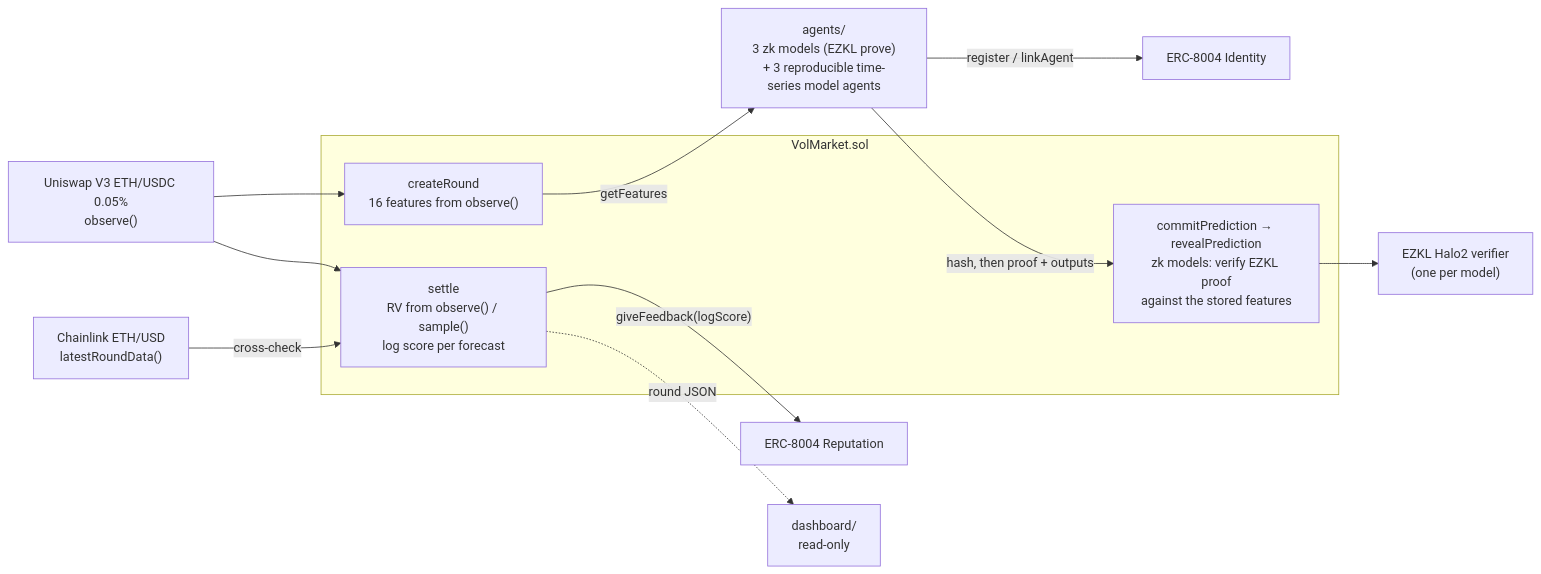
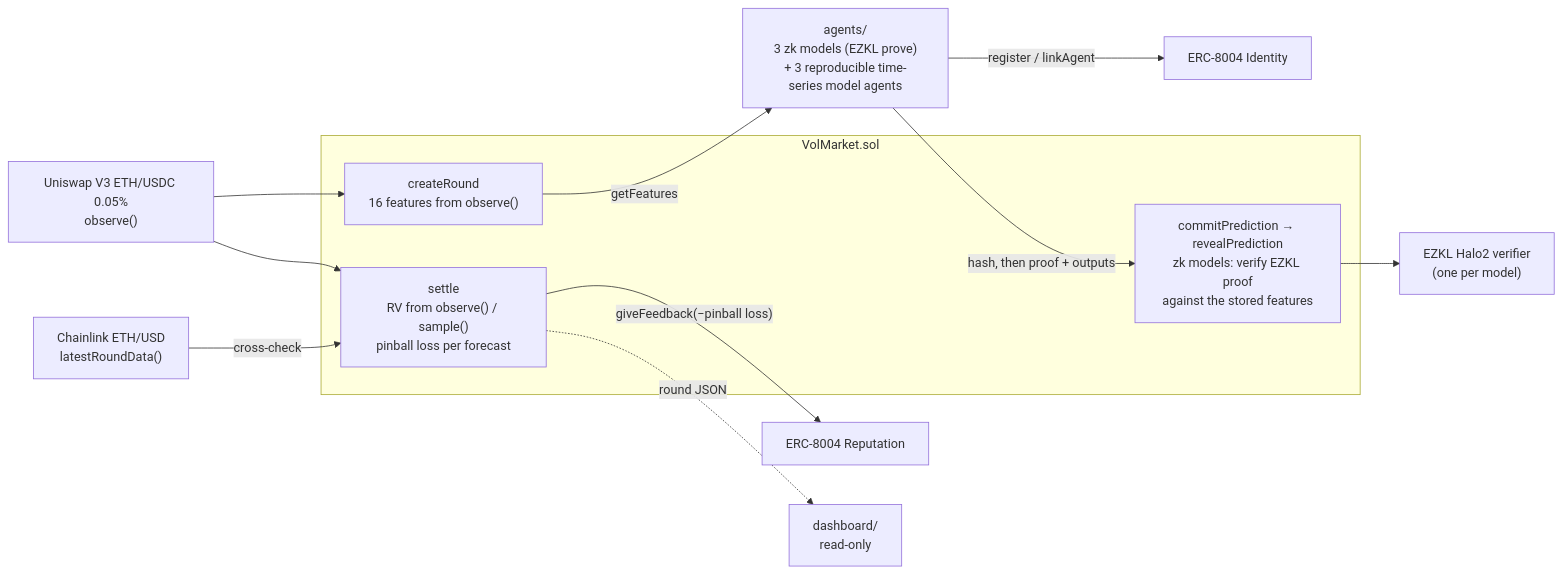
Before and after one commit to counterfactual5/verifiable-forecasts: the diagram in README.md, drawn with Mermaid. The commit also changed other lines of this file and 5 other files, not shown here.

Commit message:
docs: 改名可验证预测协议 / Verifiable Forecast Protocol，README、PITCH、DEMO 改为分位数预测与 pinball 评分（对比训练期气候基线），回放数字留【待冻结数字】；next_pitch / next_repro_dashboard 按 vol-replay/v2 字段核对

````diff
--- a/README.md
+++ b/README.md
@@ -32,25 +34,25 @@
 ```mermaid
 flowchart LR
   pool["Uniswap V3 ETH/USDC 0.05%<br/>observe()"]
   feed["Chainlink ETH/USD<br/>latestRoundData()"]
   subgraph market["VolMarket.sol"]
     create["createRound<br/>16 features from observe()"]
     submit["commitPrediction → revealPrediction<br/>zk models: verify EZKL proof<br/>against the stored features"]
-    settle["settle<br/>RV from observe() / sample()<br/>log score per forecast"]
+    settle["settle<br/>RV from observe() / sample()<br/>pinball loss per forecast"]
   end
   agents["agents/<br/>3 zk models (EZKL prove)<br/>+ 3 reproducible time-series model agents"]
   verifier["EZKL Halo2 verifier<br/>(one per model)"]
   id["ERC-8004 Identity"]
   rep["ERC-8004 Reputation"]
   dash["dashboard/<br/>read-only"]
 
   pool --> create
   create -- getFeatures --> agents
   agents -- hash, then proof + outputs --> submit
   submit --> verifier
   pool --> settle
   feed -- cross-check --> settle
   agents -- register / linkAgent --> id
-  settle -- giveFeedback(logScore) --> rep
+  settle -- giveFeedback(−pinball loss) --> rep
   settle -. round JSON .-> dash
 ```
````
